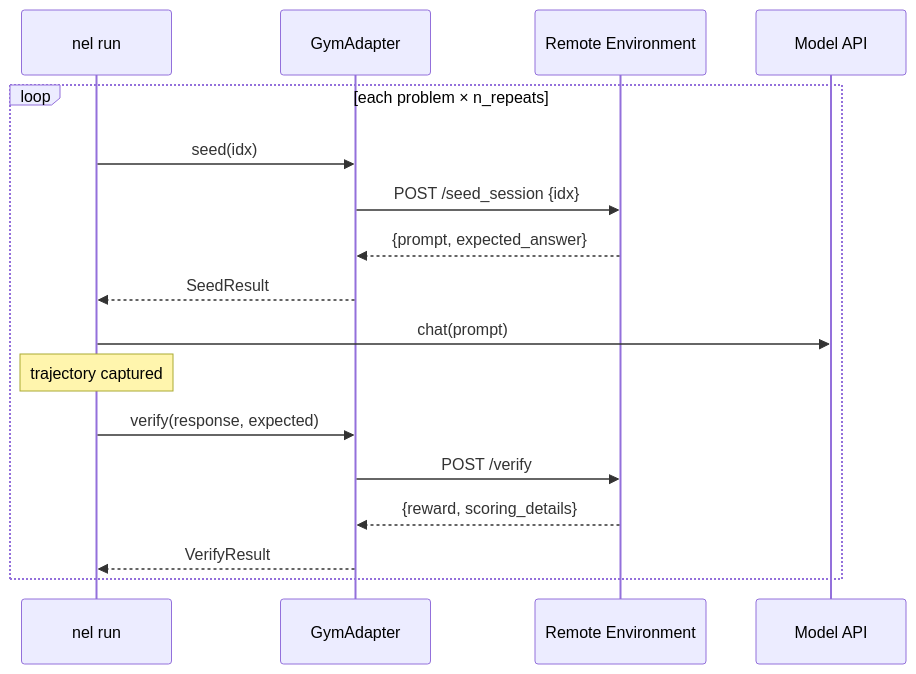
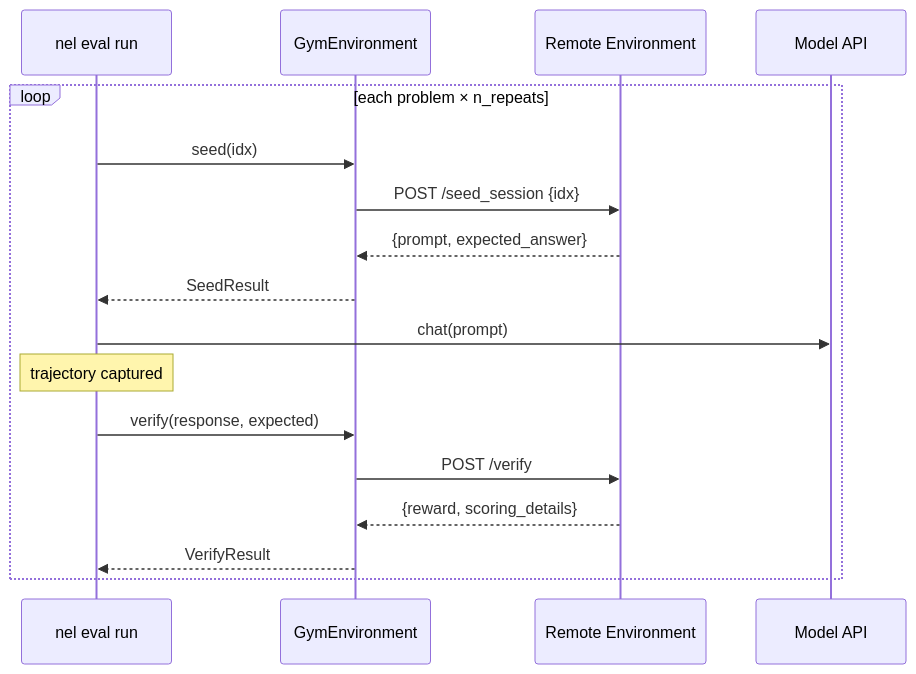
One commit to NVIDIA-NeMo/Evaluator changed the fourth of 5 diagrams in docs/deployment-patterns.md. Above: the diagram before and after it, drawn with Mermaid. The commit also changed other lines of this file and 84 other files, not shown here.

````diff
--- a/docs/deployment-patterns.md
+++ b/docs/deployment-patterns.md
@@ -164,22 +165,22 @@
 ```{mermaid}
 sequenceDiagram
-    participant Eval as nel run
-    participant Adapter as GymAdapter
+    participant Eval as nel eval run
+    participant Env as GymEnvironment
     participant Remote as Remote Environment
     participant Model as Model API
 
     loop each problem × n_repeats
-        Eval->>Adapter: seed(idx)
-        Adapter->>Remote: POST /seed_session {idx}
-        Remote-->>Adapter: {prompt, expected_answer}
-        Adapter-->>Eval: SeedResult
+        Eval->>Env: seed(idx)
+        Env->>Remote: POST /seed_session {idx}
+        Remote-->>Env: {prompt, expected_answer}
+        Env-->>Eval: SeedResult
 
         Eval->>Model: chat(prompt)
         Note over Eval: trajectory captured
 
-        Eval->>Adapter: verify(response, expected)
-        Adapter->>Remote: POST /verify
-        Remote-->>Adapter: {reward, scoring_details}
-        Adapter-->>Eval: VerifyResult
+        Eval->>Env: verify(response, expected)
+        Env->>Remote: POST /verify
+        Remote-->>Env: {reward, scoring_details}
+        Env-->>Eval: VerifyResult
     end
 ```
````
